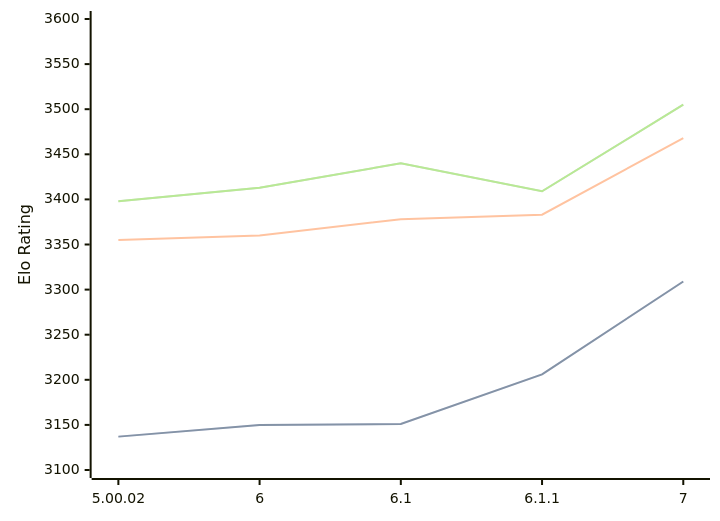
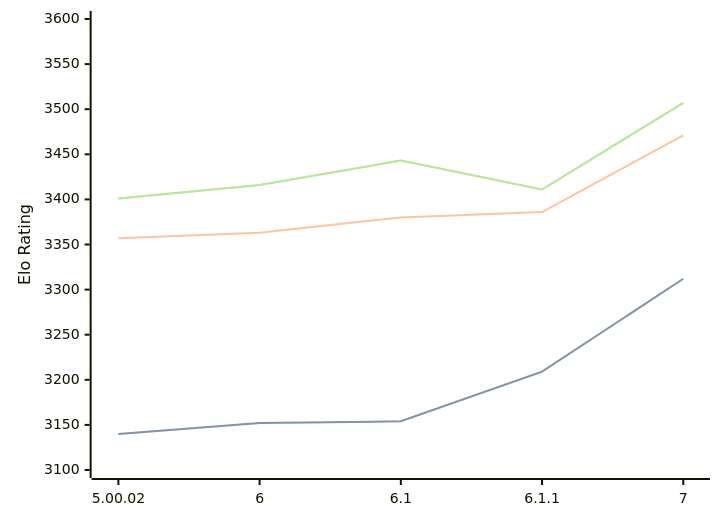
Before and after one commit to computer-chess-index/cci: the diagram in engines/Zangdar.md, drawn with Mermaid. The commit also changed other lines of this file, not shown here.

Commit message:
Update CCI Ratings (ELO VLTC) - 2026-09-24

````diff
--- a/engines/Zangdar.md
+++ b/engines/Zangdar.md
@@ -35,11 +35,11 @@
 ```mermaid
 %%{init: {"theme":"base","themeVariables":{"seriesColors:['#a3a3a3','#222221','#faa371']}}}%%
 xychart-beta
   x-axis ["5.00.02", "6", "6.1", "6.1.1", "7"]
   y-axis "Elo Rating" 3100 --> 3600
-  line "" [3137, 3150, 3151, 3206, 3309]
-  line "STC (8.0+0.08s)" [3137, 3150, 3151, 3206, 3309]
-  line "LTC (60.0+0.60s)" [3355, 3360, 3378, 3383, 3468]
-  line "" [3398, 3413, 3440, 3409, 3505]
-  line "VLTC (2m24s+1.12s)" [3398, 3413, 3440, 3409, 3505]
+  line "" [3140, 3152, 3154, 3209, 3312]
+  line "STC (8.0+0.08s)" [3140, 3152, 3154, 3209, 3312]
+  line "LTC (60.0+0.60s)" [3357, 3363, 3380, 3386, 3471]
+  line "" [3401, 3416, 3443, 3411, 3507]
+  line "VLTC (2m24s+1.12s)" [3401, 3416, 3443, 3411, 3507]
 ```
````
